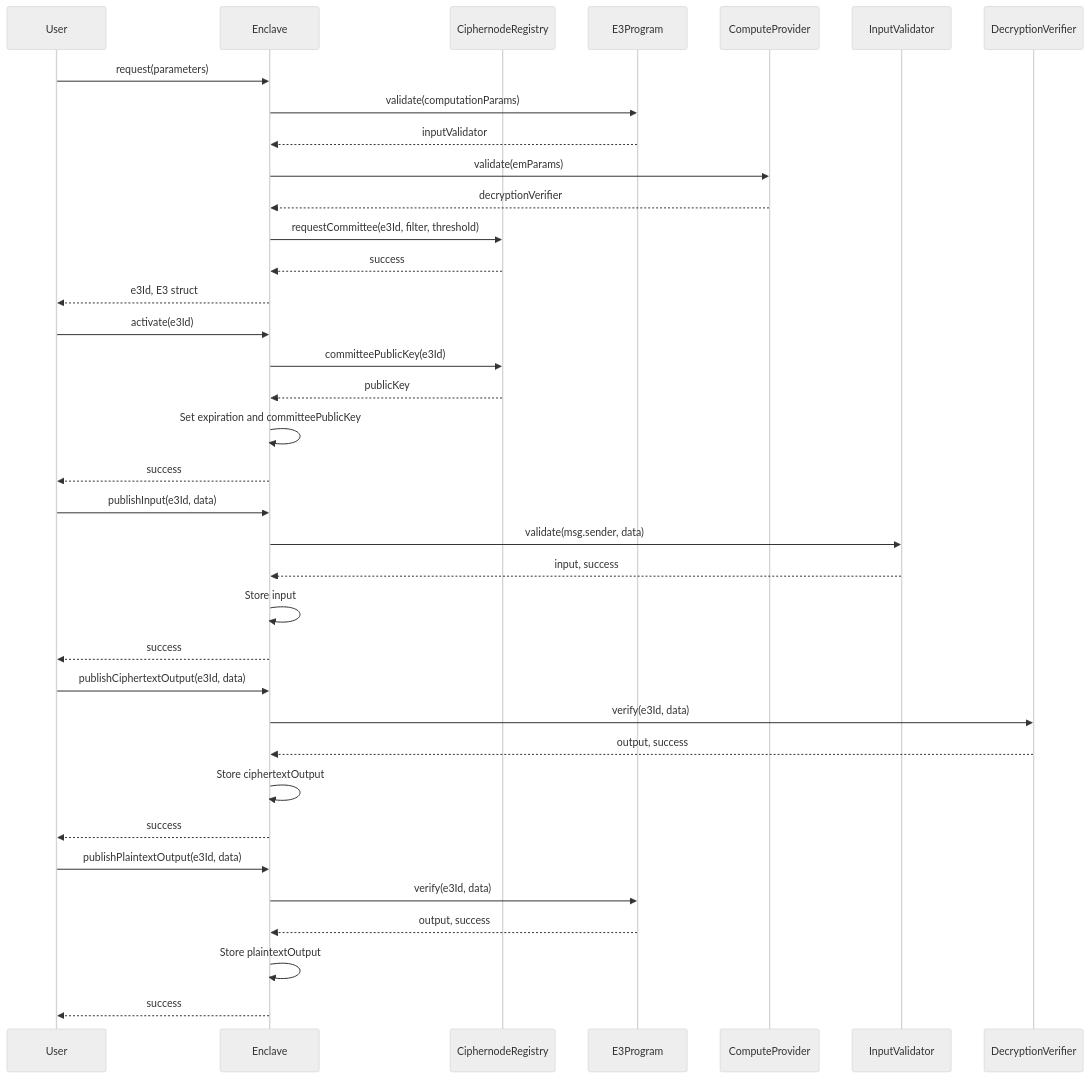
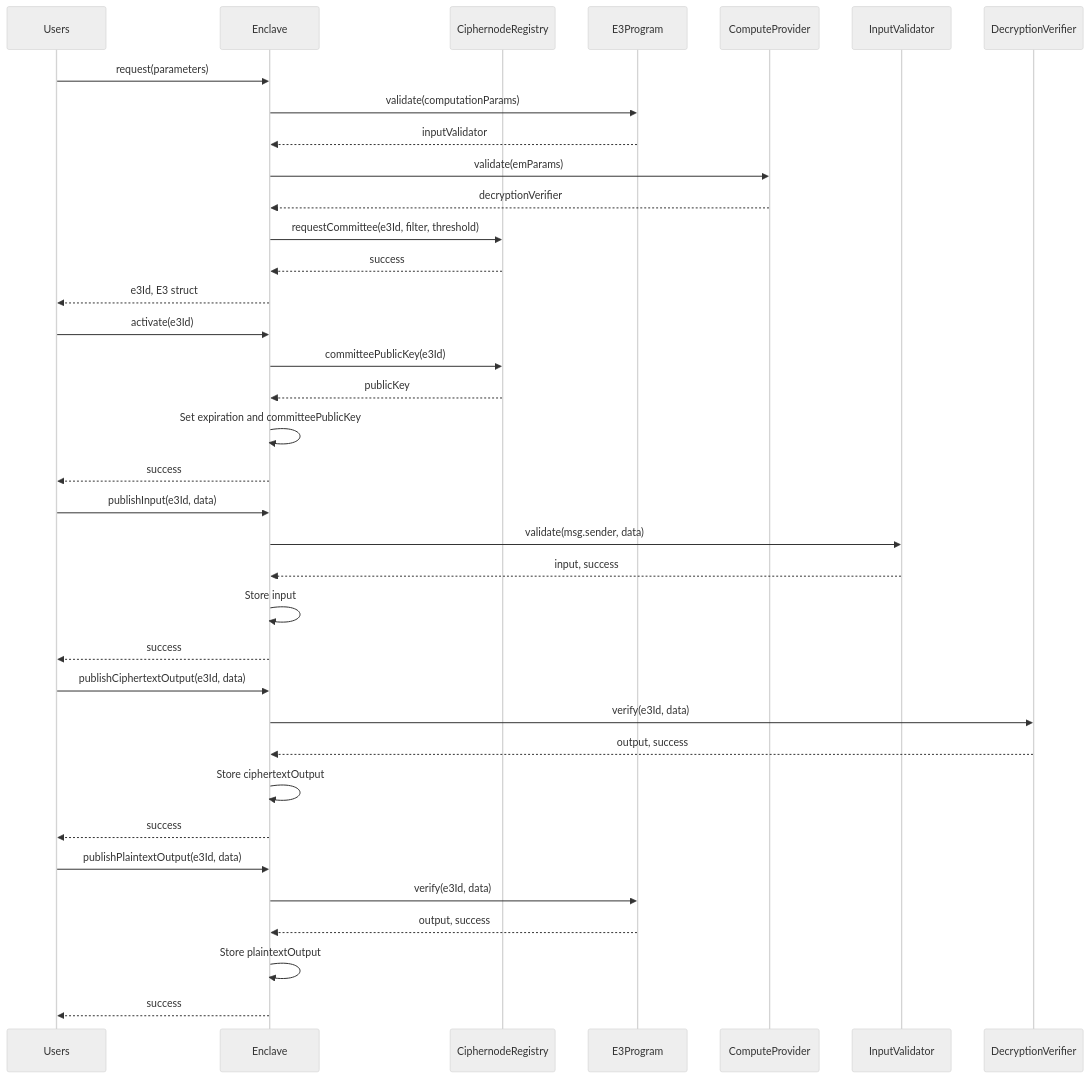
The diagram in README.md (gnosisguild/enclave), drawn with Mermaid (neutral theme) before and after one commit. The commit also changed other lines of this file, not shown here.

Commit message:
feat: update sequence diagram

````diff
--- a/README.md
+++ b/README.md
@@ -92,43 +18,43 @@
 ```mermaid
 sequenceDiagram
-    participant User
+    participant Users
     participant Enclave
     participant CiphernodeRegistry
     participant E3Program
     participant ComputeProvider
     participant InputValidator
     participant DecryptionVerifier
 
-    User->>Enclave: request(parameters)
+    Users->>Enclave: request(parameters)
     Enclave->>E3Program: validate(computationParams)
     E3Program-->>Enclave: inputValidator
     Enclave->>ComputeProvider: validate(emParams)
     ComputeProvider-->>Enclave: decryptionVerifier
     Enclave->>CiphernodeRegistry: requestCommittee(e3Id, filter, threshold)
     CiphernodeRegistry-->>Enclave: success
-    Enclave-->>User: e3Id, E3 struct
+    Enclave-->>Users: e3Id, E3 struct
 
-    User->>Enclave: activate(e3Id)
+    Users->>Enclave: activate(e3Id)
     Enclave->>CiphernodeRegistry: committeePublicKey(e3Id)
     CiphernodeRegistry-->>Enclave: publicKey
     Enclave->>Enclave: Set expiration and committeePublicKey
-    Enclave-->>User: success
+    Enclave-->>Users: success
 
-    User->>Enclave: publishInput(e3Id, data)
+    Users->>Enclave: publishInput(e3Id, data)
     Enclave->>InputValidator: validate(msg.sender, data)
     InputValidator-->>Enclave: input, success
     Enclave->>Enclave: Store input
-    Enclave-->>User: success
+    Enclave-->>Users: success
 
-    User->>Enclave: publishCiphertextOutput(e3Id, data)
+    Users->>Enclave: publishCiphertextOutput(e3Id, data)
     Enclave->>DecryptionVerifier: verify(e3Id, data)
     DecryptionVerifier-->>Enclave: output, success
     Enclave->>Enclave: Store ciphertextOutput
-    Enclave-->>User: success
+    Enclave-->>Users: success
 
-    User->>Enclave: publishPlaintextOutput(e3Id, data)
+    Users->>Enclave: publishPlaintextOutput(e3Id, data)
     Enclave->>E3Program: verify(e3Id, data)
     E3Program-->>Enclave: output, success
     Enclave->>Enclave: Store plaintextOutput
-    Enclave-->>User: success
+    Enclave-->>Users: success
 ```
````
